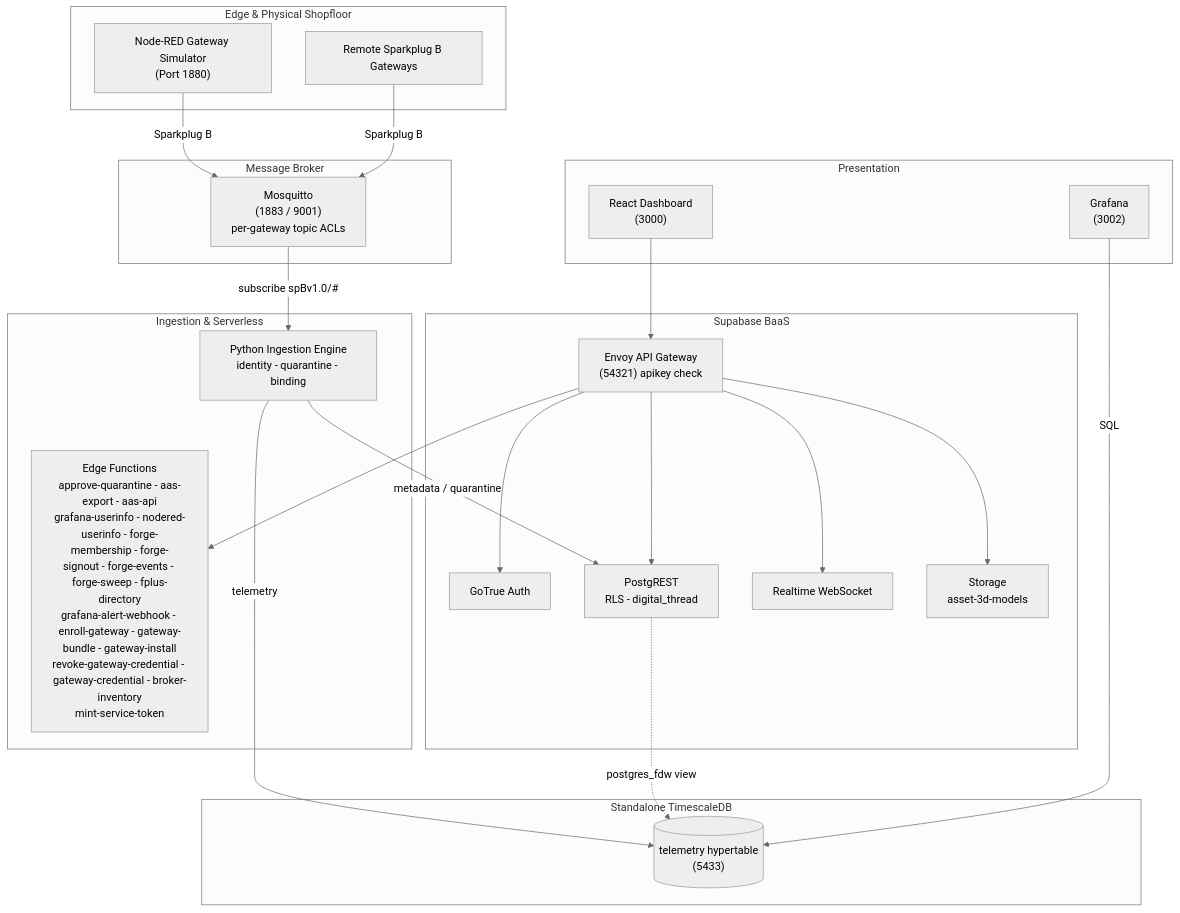
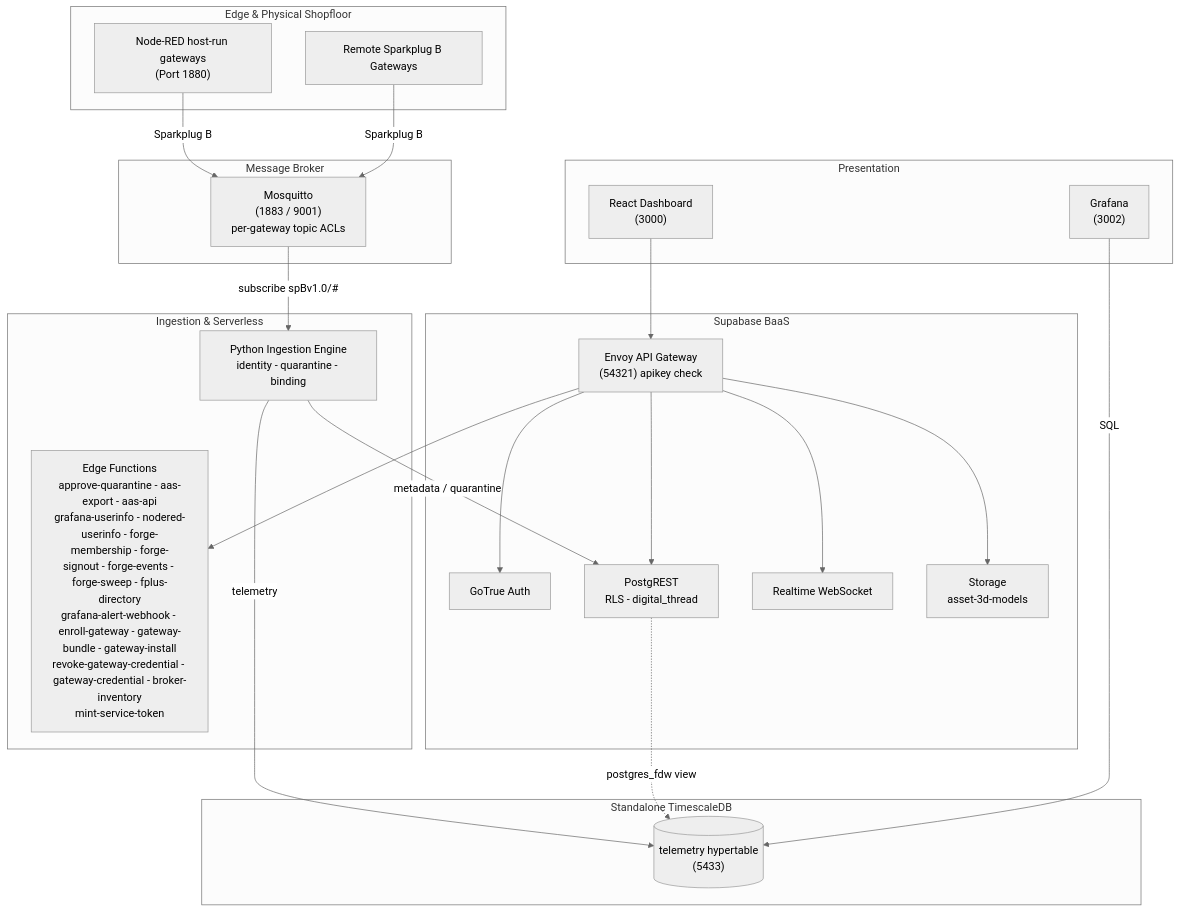
The diagram in README.md (Harri-Llewelyn/Aber), drawn with Mermaid (neutral theme) before and after one commit. The commit also changed 12 other files, not shown here.

First line of the commit message:
The Directory lists Node-RED for the host-run gateways, and the vault names the publishable key

````diff
--- a/README.md
+++ b/README.md
@@ -54,47 +54,47 @@
 ```mermaid
 flowchart TB
     subgraph Edge ["Edge & Physical Shopfloor"]
-        NR["Node-RED Gateway Simulator<br/>(Port 1880)"]
+        NR["Node-RED host-run gateways<br/>(Port 1880)"]
         DEV["Remote Sparkplug B Gateways"]
     end
 
     subgraph Messaging ["Message Broker"]
         MQTT["Mosquitto<br/>(1883 / 9001)<br/>per-gateway topic ACLs"]
     end
 
     subgraph Processing ["Ingestion & Serverless"]
         ING["Python Ingestion Engine<br/>identity - quarantine - binding"]
         EF["Edge Functions<br/>approve-quarantine - aas-export - aas-api<br/>grafana-userinfo - nodered-userinfo - forge-membership - forge-signout - forge-events - forge-sweep - fplus-directory<br/>grafana-alert-webhook - enroll-gateway - gateway-bundle - gateway-install<br/>revoke-gateway-credential - gateway-credential - broker-inventory<br/>mint-service-token"]
     end
 
     subgraph Supabase ["Supabase BaaS"]
         GW["Envoy API Gateway<br/>(54321) apikey check"]
         AUTH["GoTrue Auth"]
         PGRST["PostgREST<br/>RLS - digital_thread"]
         RT["Realtime WebSocket"]
         STO["Storage<br/>asset-3d-models"]
     end
 
     subgraph TSDB ["Standalone TimescaleDB"]
         TS[("telemetry hypertable<br/>(5433)")]
     end
 
     subgraph UX ["Presentation"]
         UI["React Dashboard<br/>(3000)"]
         GRAF["Grafana<br/>(3002)"]
     end
 
     NR -->|Sparkplug B| MQTT
     DEV -->|Sparkplug B| MQTT
     MQTT -->|subscribe spBv1.0/#| ING
     ING -->|metadata / quarantine| PGRST
     ING -->|telemetry| TS
     UI --> GW
     GW --> AUTH
     GW --> PGRST
     GW --> RT
     GW --> STO
     GW --> EF
     PGRST -.->|postgres_fdw view| TS
     GRAF -->|SQL| TS
 ```
````
